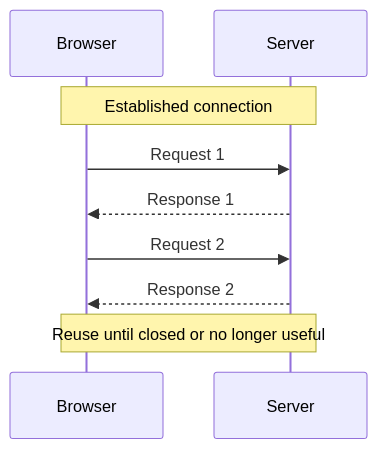
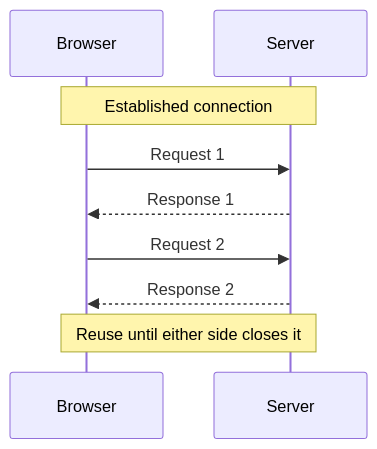
The second of 3 diagrams in src/content/blog/http-from-tcp-to-fetch.md (theo-matzavinos/dump), drawn with Mermaid before and after one commit. The commit also changed other lines of this file and 24 other files, not shown here.

First line of the commit message:
Revise all articles for voice, junior readers, and flow

````diff
--- a/src/content/blog/http-from-tcp-to-fetch.md
+++ b/src/content/blog/http-from-tcp-to-fetch.md
@@ -208,11 +209,11 @@
 ```mermaid
 sequenceDiagram
     participant B as Browser
     participant S as Server
     Note over B,S: Established connection
     B->>S: Request 1
     S-->>B: Response 1
     B->>S: Request 2
     S-->>B: Response 2
-    Note over B,S: Reuse until closed or no longer useful
+    Note over B,S: Reuse until either side closes it
 ```
````
